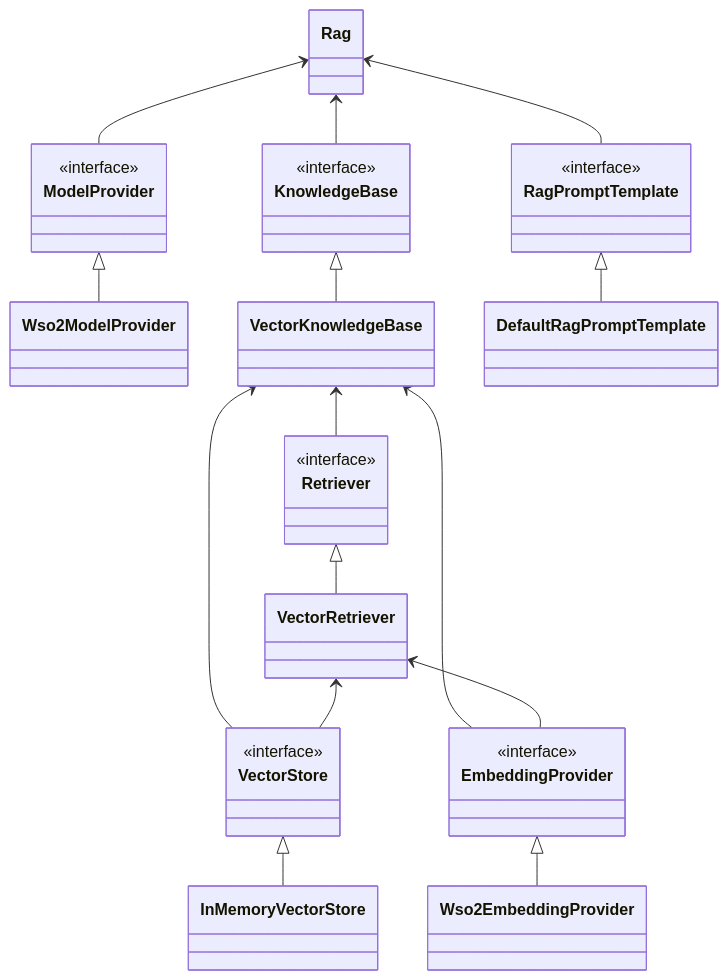
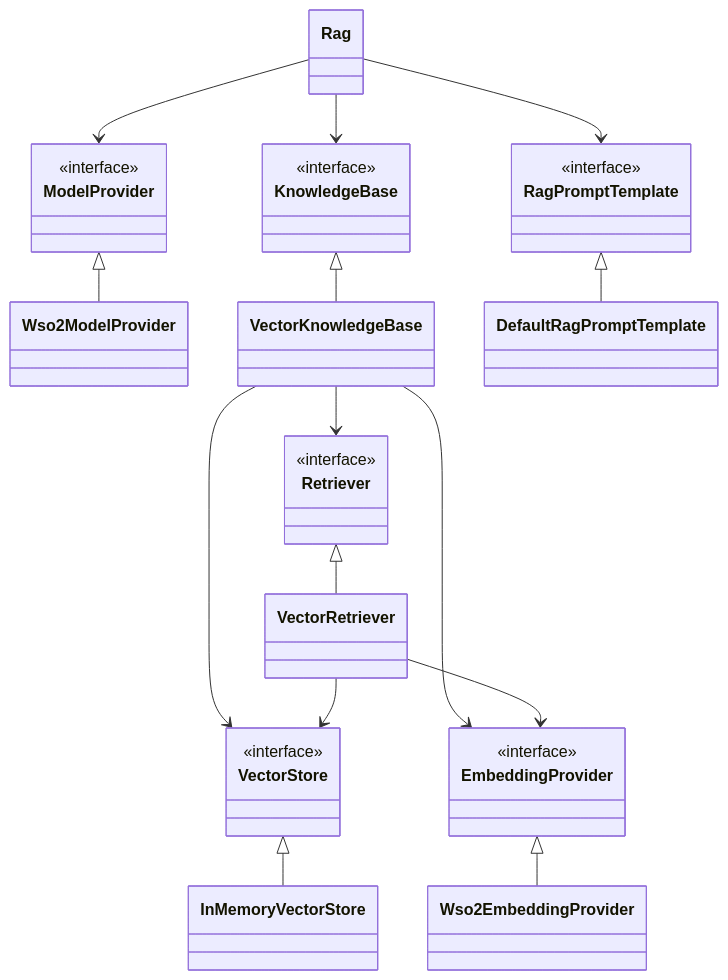
The diagram in stdlib/proposals/ai/abstractions_for_retrieval_augmented_generation_in_ballerina.md (ballerina-platform/ballerina-spec), drawn with Mermaid before and after one commit.

Commit message:
Update Dependency Diagram

````diff
--- a/stdlib/proposals/ai/abstractions_for_retrieval_augmented_generation_in_ballerina.md
+++ b/stdlib/proposals/ai/abstractions_for_retrieval_augmented_generation_in_ballerina.md
@@ -453,47 +453,47 @@
 ```mermaid
 classDiagram
     class Rag
     class ModelProvider {
         <<interface>>
     }
     class KnowledgeBase {
         <<interface>>
     }
     class RagPromptTemplate {
         <<interface>>
     }
     class Wso2ModelProvider
     class VectorKnowledgeBase
     class DefaultRagPromptTemplate
     class VectorStore {
         <<interface>>
     }
     class InMemoryVectorStore
     class EmbeddingProvider {
         <<interface>>
     }
     class Wso2EmbeddingProvider
     class Retriever {
         <<interface>>
     }
     class VectorRetriever
 
-    Rag <-- ModelProvider
-    Rag <-- KnowledgeBase
-    Rag <-- RagPromptTemplate
+    Rag --> ModelProvider
+    Rag --> KnowledgeBase
+    Rag --> RagPromptTemplate
 
     ModelProvider <|-- Wso2ModelProvider
     KnowledgeBase <|-- VectorKnowledgeBase
     RagPromptTemplate <|-- DefaultRagPromptTemplate
 
-    VectorKnowledgeBase <-- VectorStore
-    VectorKnowledgeBase <-- EmbeddingProvider
-    VectorKnowledgeBase <-- Retriever
+    VectorKnowledgeBase --> VectorStore
+    VectorKnowledgeBase --> EmbeddingProvider
+    VectorKnowledgeBase --> Retriever
 
     VectorStore <|-- InMemoryVectorStore
     EmbeddingProvider <|-- Wso2EmbeddingProvider
     Retriever <|-- VectorRetriever
 
-   VectorRetriever <-- VectorStore
-   VectorRetriever <-- EmbeddingProvider
+   VectorRetriever --> VectorStore
+   VectorRetriever --> EmbeddingProvider
 ```
````
